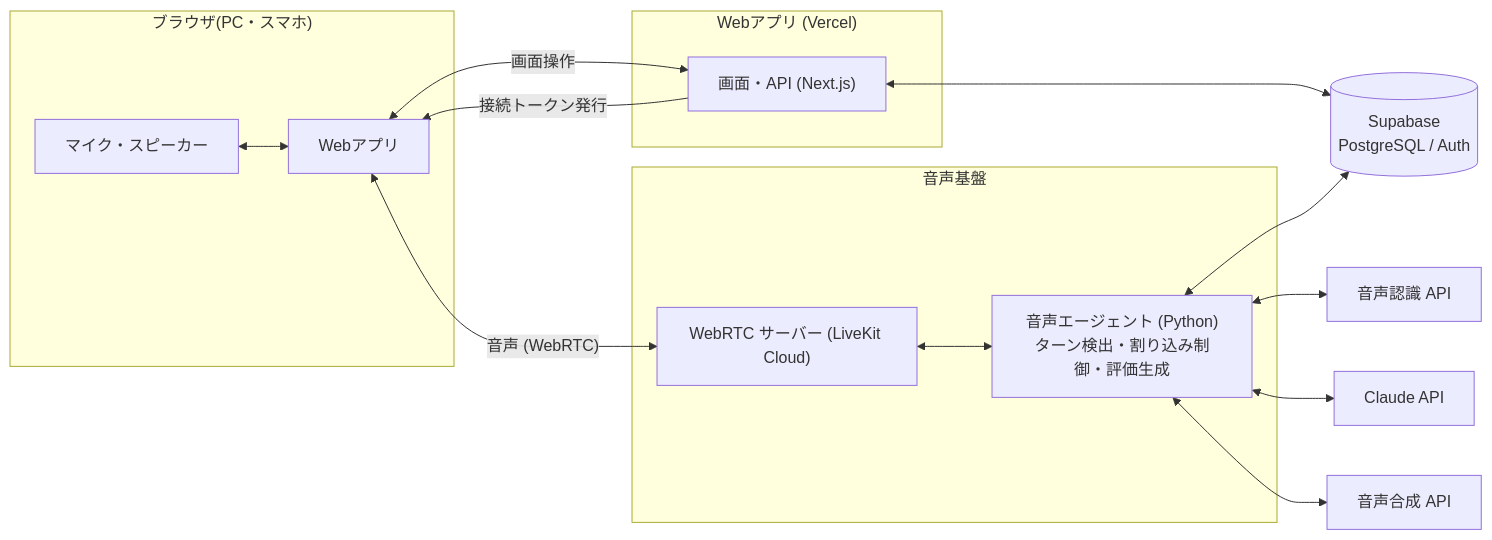
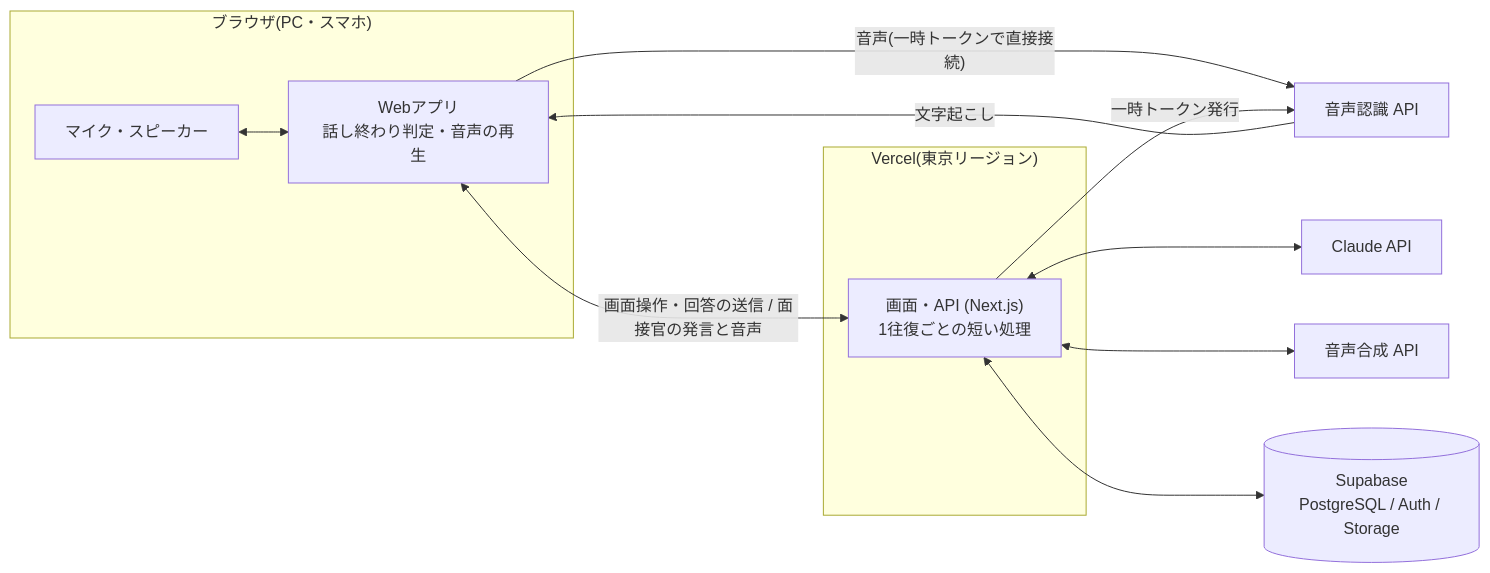
Before and after one commit to tarokuma555-maker/AI-interview-pj: the fifth of 5 diagrams in docs/requirements.md, drawn with Mermaid. The commit also changed other lines of this file and 2 other files, not shown here.

First line of the commit message:
Add basic design document and switch to Vercel-only architecture

````diff
--- a/docs/requirements.md
+++ b/docs/requirements.md
@@ -613,24 +612,18 @@
 ```mermaid
 flowchart LR
     subgraph Client["ブラウザ(PC・スマホ)"]
-        UI["Webアプリ"]
+        UI["Webアプリ<br/>話し終わり判定・音声の再生"]
         MIC["マイク・スピーカー"]
     end
-    subgraph Web["Webアプリ (Vercel)"]
-        API["画面・API (Next.js)"]
-    end
-    subgraph Voice["音声基盤"]
-        RTC["WebRTC サーバー (LiveKit Cloud)"]
-        AGENT["音声エージェント (Python)<br/>ターン検出・割り込み制御・評価生成"]
+    subgraph Vercel["Vercel(東京リージョン)"]
+        API["画面・API (Next.js)<br/>1往復ごとの短い処理"]
     end
     MIC <--> UI
-    UI <-->|"画面操作"| API
-    API -->|"接続トークン発行"| UI
-    UI <-->|"音声 (WebRTC)"| RTC
-    RTC <--> AGENT
-    AGENT <--> STT["音声認識 API"]
-    AGENT <--> LLM["Claude API"]
-    AGENT <--> TTS["音声合成 API"]
-    API <--> DB[("Supabase<br/>PostgreSQL / Auth")]
-    AGENT <--> DB
+    UI <-->|"画面操作・回答の送信 / 面接官の発言と音声"| API
+    UI -->|"音声(一時トークンで直接接続)"| STT["音声認識 API"]
+    STT -->|"文字起こし"| UI
+    API -->|"一時トークン発行"| STT
+    API <--> LLM["Claude API"]
+    API <--> TTS["音声合成 API"]
+    API <--> DB[("Supabase<br/>PostgreSQL / Auth / Storage")]
 ```
````
